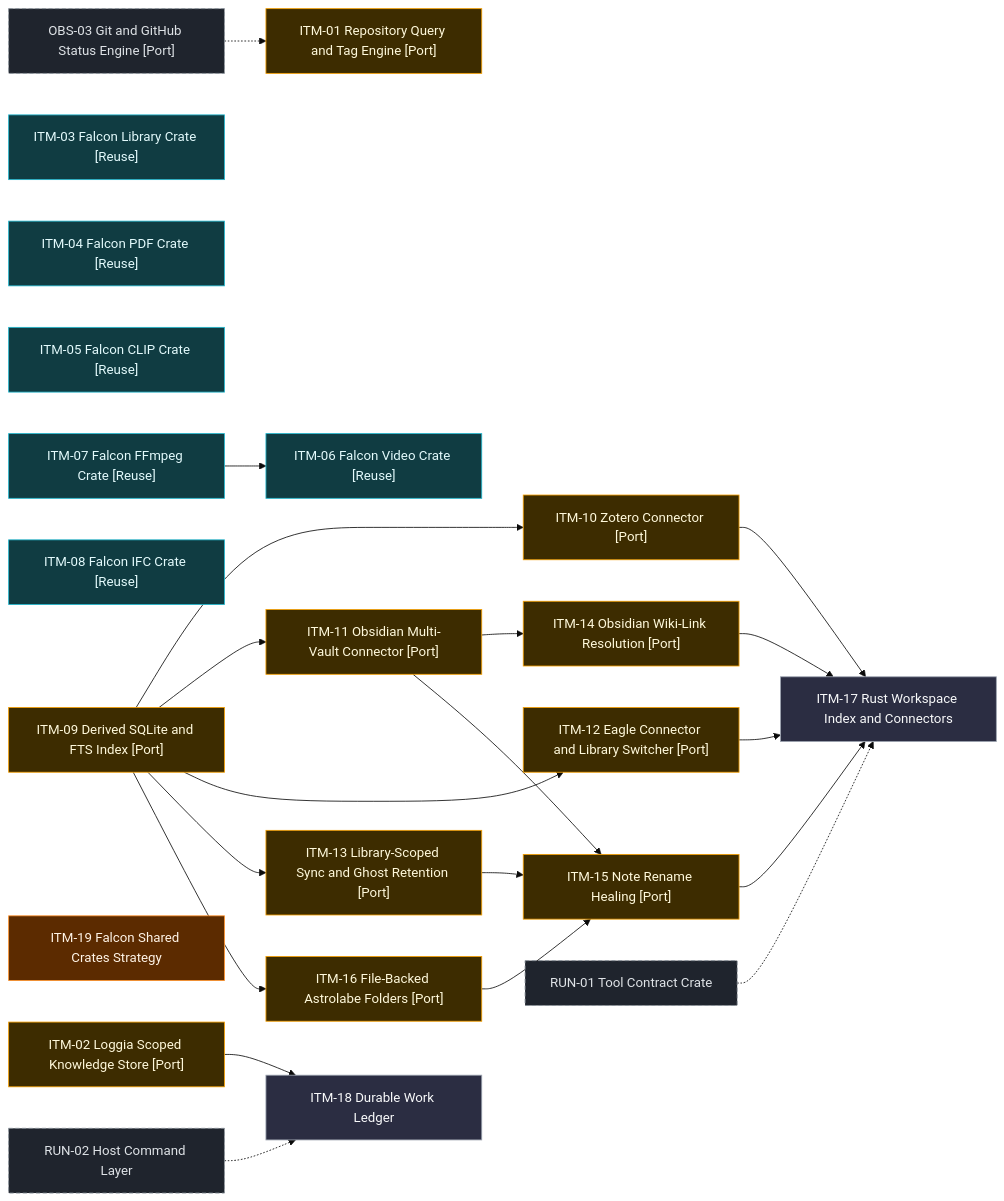
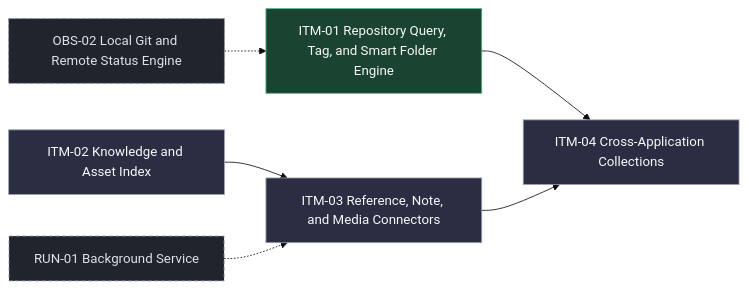
The second of 5 diagrams in docs/roadmap/index.md (AhmedKhan-GH/astrolabe), drawn with Mermaid (base theme) before and after one commit. The commit also changed other lines of this file and 8 other files, not shown here.

Commit message:
Rebuild roadmap registry around shipped and planned product features

````diff
--- a/docs/roadmap/index.md
+++ b/docs/roadmap/index.md
@@ -119,53 +76,17 @@
 ```mermaid
 flowchart LR
-  ITM_01["ITM-01 Repository Query and Tag Engine [Port]"]:::existing_port
-  ITM_02["ITM-02 Loggia Scoped Knowledge Store [Port]"]:::existing_port
-  ITM_03["ITM-03 Falcon Library Crate [Reuse]"]:::existing_reuse
-  ITM_04["ITM-04 Falcon PDF Crate [Reuse]"]:::existing_reuse
-  ITM_05["ITM-05 Falcon CLIP Crate [Reuse]"]:::existing_reuse
-  ITM_06["ITM-06 Falcon Video Crate [Reuse]"]:::existing_reuse
-  ITM_07["ITM-07 Falcon FFmpeg Crate [Reuse]"]:::existing_reuse
-  ITM_08["ITM-08 Falcon IFC Crate [Reuse]"]:::existing_reuse
-  ITM_09["ITM-09 Derived SQLite and FTS Index [Port]"]:::existing_port
-  ITM_10["ITM-10 Zotero Connector [Port]"]:::existing_port
-  ITM_11["ITM-11 Obsidian Multi-Vault Connector [Port]"]:::existing_port
-  ITM_12["ITM-12 Eagle Connector and Library Switcher [Port]"]:::existing_port
-  ITM_13["ITM-13 Library-Scoped Sync and Ghost Retention [Port]"]:::existing_port
-  ITM_14["ITM-14 Obsidian Wiki-Link Resolution [Port]"]:::existing_port
-  ITM_15["ITM-15 Note Rename Healing [Port]"]:::existing_port
-  ITM_16["ITM-16 File-Backed Astrolabe Folders [Port]"]:::existing_port
-  ITM_17["ITM-17 Rust Workspace Index and Connectors"]:::planned
-  ITM_18["ITM-18 Durable Work Ledger"]:::planned
-  ITM_19["ITM-19 Falcon Shared Crates Strategy"]:::decision
-  OBS_03["OBS-03 Git and GitHub Status Engine [Port]"]:::external
-  RUN_01["RUN-01 Tool Contract Crate"]:::external
-  RUN_02["RUN-02 Host Command Layer"]:::external
-  OBS_03 -.-> ITM_01
-  ITM_07 --> ITM_06
-  ITM_09 --> ITM_10
-  ITM_09 --> ITM_11
-  ITM_09 --> ITM_12
-  ITM_09 --> ITM_13
-  ITM_11 --> ITM_14
-  ITM_11 --> ITM_15
-  ITM_13 --> ITM_15
-  ITM_16 --> ITM_15
-  ITM_09 --> ITM_16
-  ITM_10 --> ITM_17
-  ITM_12 --> ITM_17
-  ITM_14 --> ITM_17
-  ITM_15 --> ITM_17
-  RUN_01 -.-> ITM_17
-  ITM_02 --> ITM_18
-  RUN_02 -.-> ITM_18
+  ITM_01["ITM-01 Repository Query, Tag, and Smart Folder Engine"]:::shipped
+  ITM_02["ITM-02 Knowledge and Asset Index"]:::planned
+  ITM_03["ITM-03 Reference, Note, and Media Connectors"]:::planned
+  ITM_04["ITM-04 Cross-Application Collections"]:::planned
+  OBS_02["OBS-02 Local Git and Remote Status Engine"]:::external
+  RUN_01["RUN-01 Background Service"]:::external
+  OBS_02 -.-> ITM_01
+  ITM_02 --> ITM_03
+  RUN_01 -.-> ITM_03
+  ITM_01 --> ITM_04
+  ITM_03 --> ITM_04
   classDef shipped fill:#1b4332,stroke:#52b788,color:#f8f9fa
-  classDef built fill:#1d3557,stroke:#74c0fc,color:#f8f9fa
-  classDef progress fill:#1d3557,stroke:#ffd43b,color:#f8f9fa,stroke-dasharray:4 2
-  classDef existing_port fill:#3d2c00,stroke:#f59f00,color:#fff9db
-  classDef existing_reuse fill:#103c42,stroke:#22b8cf,color:#e3fafc
-  classDef existing_retire fill:#4a151b,stroke:#ff6b6b,color:#ffe3e3,stroke-dasharray:4 2
   classDef planned fill:#2b2d42,stroke:#9ca3af,color:#f8f9fa
-  classDef idea fill:#2e1f47,stroke:#b197fc,color:#f3f0ff,stroke-dasharray:3 3
-  classDef decision fill:#5c2b00,stroke:#ff922b,color:#fff4e6
   classDef external fill:#1f242d,stroke:#868e96,color:#dee2e6,stroke-dasharray:5 3
 ```
````
